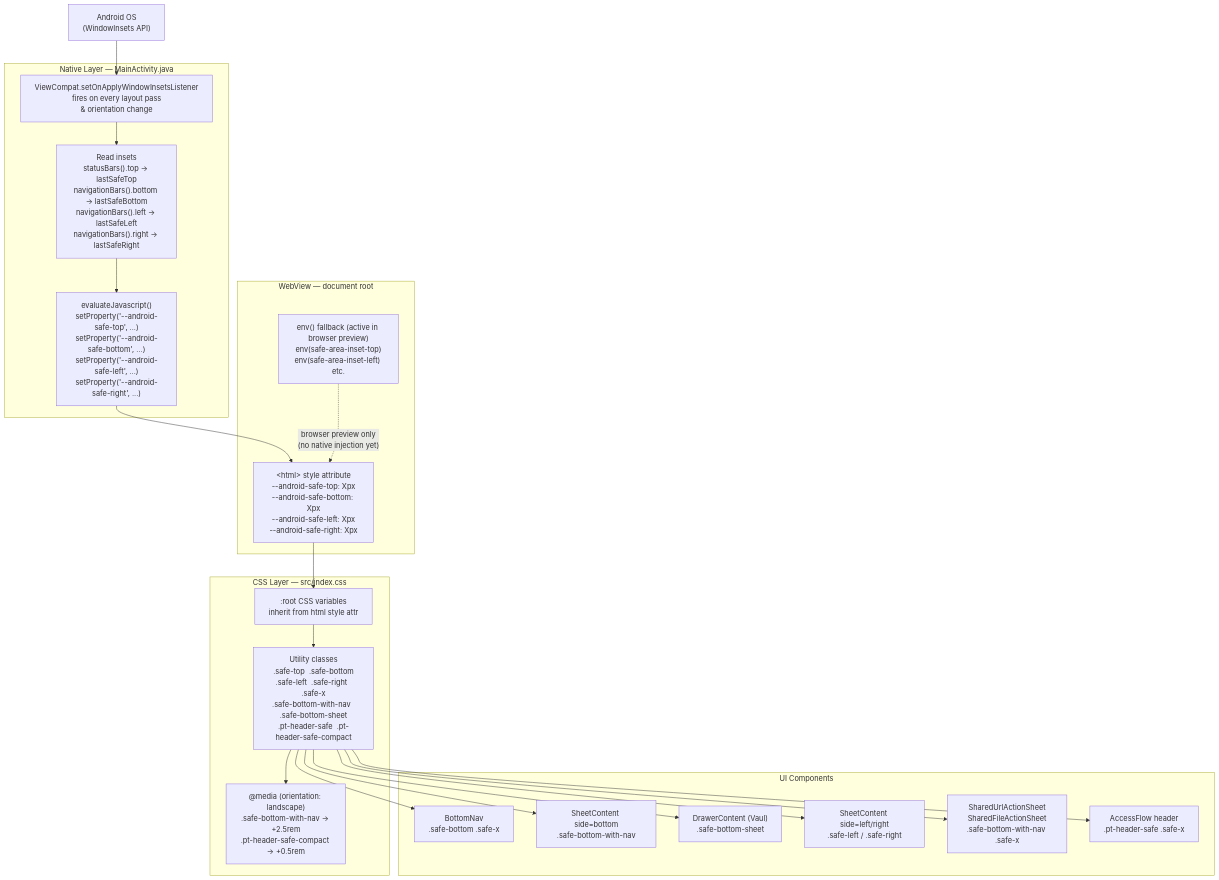
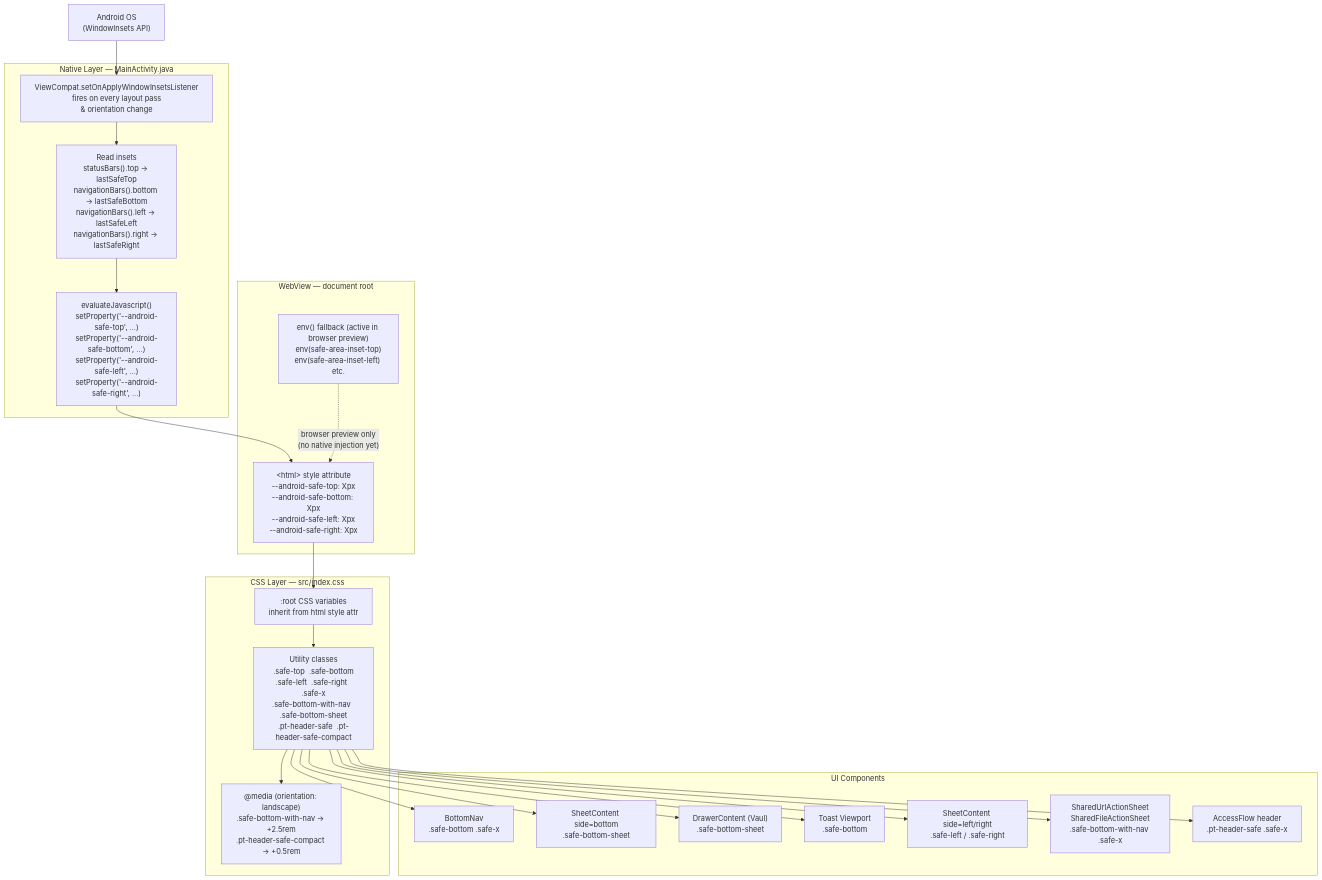
The diagram in ARCHITECTURE.md (AnujG2507/onetap-android-app), drawn with Mermaid before and after one commit. The commit also changed other lines of this file and 4 other files, not shown here.

````diff
--- a/ARCHITECTURE.md
+++ b/ARCHITECTURE.md
@@ -98,45 +98,47 @@
 ```mermaid
 flowchart TD
     OS["Android OS\n(WindowInsets API)"]
 
     subgraph Native["Native Layer — MainActivity.java"]
         LISTENER["ViewCompat.setOnApplyWindowInsetsListener\nfires on every layout pass\n& orientation change"]
         READ["Read insets\nstatusBars().top → lastSafeTop\nnavigationBars().bottom → lastSafeBottom\nnavigationBars().left → lastSafeLeft\nnavigationBars().right → lastSafeRight"]
         JS["evaluateJavascript()\nsetProperty('--android-safe-top', ...)\nsetProperty('--android-safe-bottom', ...)\nsetProperty('--android-safe-left', ...)\nsetProperty('--android-safe-right', ...)"]
     end
 
     subgraph WebView["WebView — document root"]
         ROOT["&lt;html&gt; style attribute\n--android-safe-top: Xpx\n--android-safe-bottom: Xpx\n--android-safe-left: Xpx\n--android-safe-right: Xpx"]
         ENV["env() fallback (active in browser preview)\nenv(safe-area-inset-top)\nenv(safe-area-inset-left) etc."]
     end
 
     subgraph CSS["CSS Layer — src/index.css"]
         VARS[":root CSS variables\ninherit from html style attr"]
         UTILS["Utility classes\n.safe-top  .safe-bottom\n.safe-left  .safe-right  .safe-x\n.safe-bottom-with-nav  .safe-bottom-sheet\n.pt-header-safe  .pt-header-safe-compact"]
         MEDIA["@media (orientation: landscape)\n.safe-bottom-with-nav → +2.5rem\n.pt-header-safe-compact → +0.5rem"]
     end
 
     subgraph UI["UI Components"]
         BOTTOM["BottomNav\n.safe-bottom .safe-x"]
-        SHEETS["SheetContent side=bottom\n.safe-bottom-with-nav"]
+        SHEETS["SheetContent side=bottom\n.safe-bottom-sheet"]
         DRAWERS["DrawerContent (Vaul)\n.safe-bottom-sheet"]
+        TOASTS["Toast Viewport\n.safe-bottom"]
         SIDESHEETS["SheetContent side=left/right\n.safe-left / .safe-right"]
         OVERLAYS["SharedUrlActionSheet\nSharedFileActionSheet\n.safe-bottom-with-nav .safe-x"]
         HEADERS["AccessFlow header\n.pt-header-safe .safe-x"]
     end
 
     OS --> LISTENER
     LISTENER --> READ
     READ --> JS
     JS --> ROOT
     ENV -.->|"browser preview only\n(no native injection yet)"| ROOT
     ROOT --> VARS
     VARS --> UTILS
     UTILS --> MEDIA
     UTILS --> BOTTOM
     UTILS --> SHEETS
     UTILS --> DRAWERS
+    UTILS --> TOASTS
     UTILS --> SIDESHEETS
     UTILS --> OVERLAYS
     UTILS --> HEADERS
 ```
````
